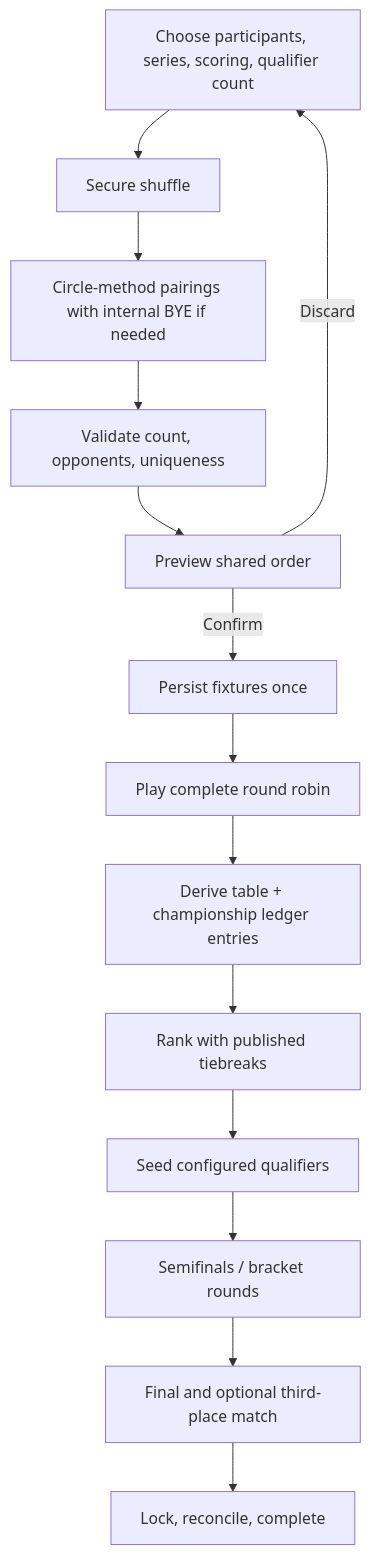
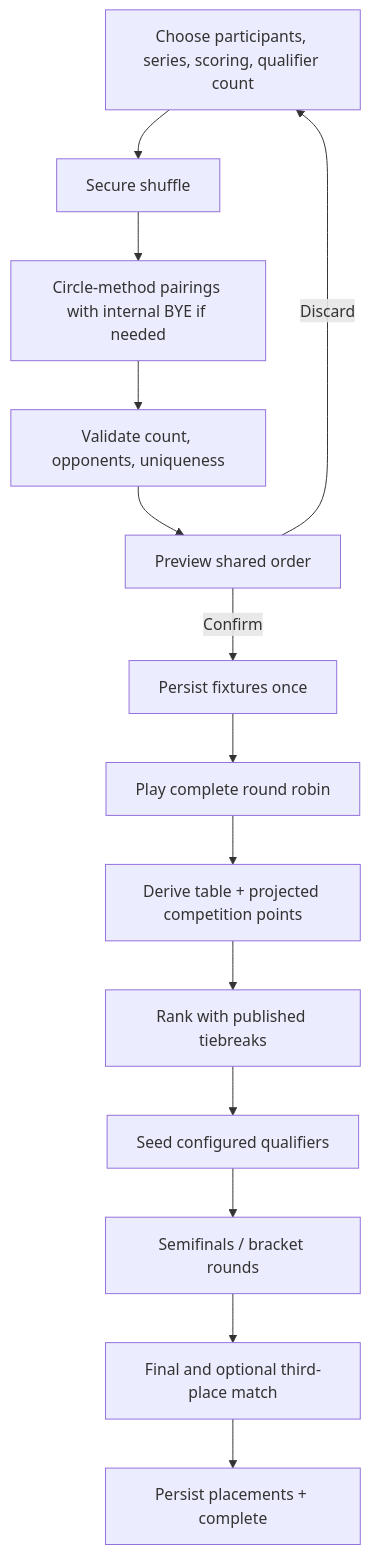
Before and after one commit to so-mb/games-and-castles: the second of 3 diagrams in docs/game-rules.md, drawn with Mermaid. The commit also changed other lines of this file and 35 other files, not shown here.

````diff
--- a/docs/game-rules.md
+++ b/docs/game-rules.md
@@ -187,16 +181,16 @@
 ```mermaid
 flowchart TD
     A["Choose participants, series, scoring, qualifier count"] --> B["Secure shuffle"]
     B --> C["Circle-method pairings with internal BYE if needed"]
     C --> D["Validate count, opponents, uniqueness"]
     D --> E["Preview shared order"]
     E -->|"Confirm"| F["Persist fixtures once"]
     E -->|"Discard"| A
     F --> G["Play complete round robin"]
-    G --> H["Derive table + championship ledger entries"]
+    G --> H["Derive table + projected competition points"]
     H --> I["Rank with published tiebreaks"]
     I --> J["Seed configured qualifiers"]
     J --> K["Semifinals / bracket rounds"]
     K --> L["Final and optional third-place match"]
-    L --> M["Lock, reconcile, complete"]
+    L --> M["Persist placements + complete"]
 ```
````
